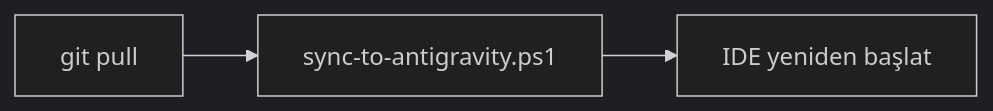
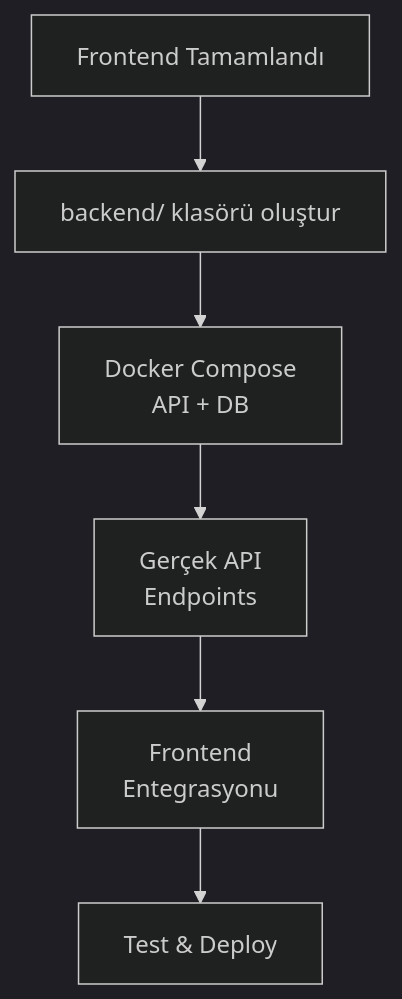
The third of 3 diagrams in README.md (atifertugrul-kan/havsan-ai-coding-mimari-app), drawn with Mermaid (dark theme) before and after one commit. The commit also changed other lines of this file and 29 other files, not shown here.

First line of the commit message:
docs: Simplify README and add fullstack development roadmap

````diff
--- a/README.md
+++ b/README.md
@@ -210,5 +106,8 @@
 ```mermaid
-graph LR
-    A[git pull] --> B[sync-to-antigravity.ps1]
-    B --> C[IDE yeniden başlat]
+graph TD
+    A[Frontend Tamamlandı] --> B[backend/ klasörü oluştur]
+    B --> C[Docker Compose<br/>API + DB]
+    C --> D[Gerçek API<br/>Endpoints]
+    D --> E[Frontend<br/>Entegrasyonu]
+    E --> F[Test & Deploy]
 ```
````
